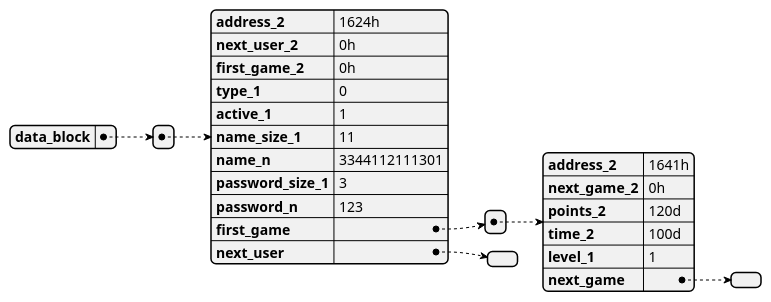
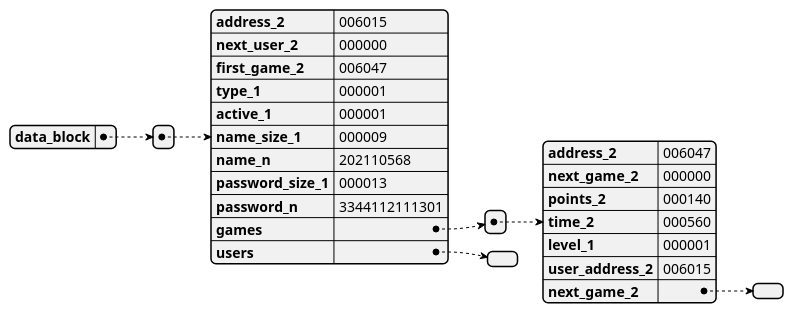
One commit to damianpeaf/ACE1_Proyecto2 changed the second of 3 diagrams in docs/tech/Readme.md. Above: the diagram before and after it, drawn with PlantUML. The commit also changed other lines of this file and 1 other file, not shown here.

````diff
--- a/docs/tech/Readme.md
+++ b/docs/tech/Readme.md
@@ -106,32 +107,34 @@
 ```plantuml
 @startjson
 {
-    "data_block": [
-        {
-            "address_2": "1624h",
-            "next_user_2": "0h",
-            "first_game_2": "0h",
-            "type_1": 0,
-            "active_1": 1,
-            "name_size_1": 11,
-            "name_n": "3344112111301",
-            "password_size_1": 3,
-            "password_n": "123",
-            "first_game": [
-                {
-                    "address_2": "1641h",
-                    "next_game_2": "0h",
-                    "points_2": "120d",
-                    "time_2": "100d",
-                    "level_1": 1,
-                    "next_game": []
-                }
-            ],
-            "next_user": [
-            ]
-        }
-    ]
+"data_block": [
+{
+"address_2": "006015",
+"next_user_2": "000000",
+"first_game_2": "006047",
+"type_1": "000001",
+"active_1": "000001",
+"name_size_1": "000009",
+"name_n": "202110568",
+"password_size_1": "000013",
+"password_n": "3344112111301",
+"games": [
+{
+"address_2": "006047",
+"next_game_2": "000000",
+"points_2": "000140",
+"time_2": "000560",
+"level_1": "000001",
+"user_address_2": "006015",
+"next_game_2": [
+]
 }
-
+]
+,
+"users": [
+]
+}
+]
+}
 @endjson
 ```
````
